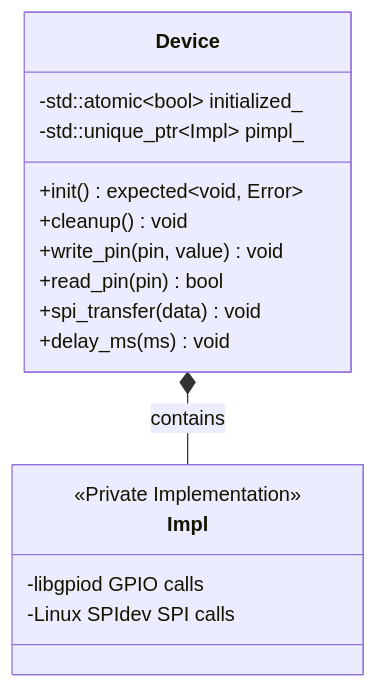
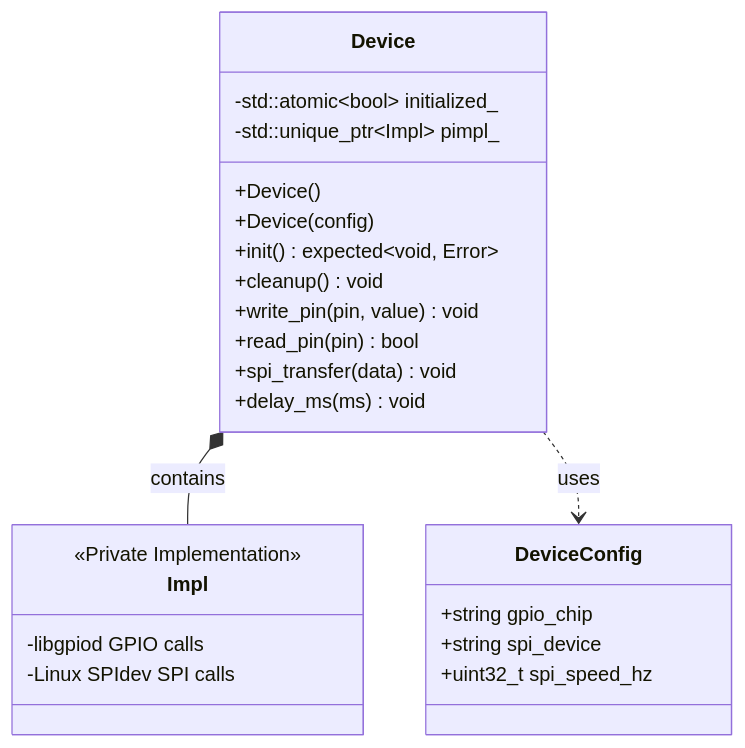
The second of 12 diagrams in docs/ARCHITECTURE.md (johanns/libepaper), drawn with Mermaid before and after one commit. The commit also changed other lines of this file and 2 other files, not shown here.

Commit message:
docs: update README and API documentation for DeviceConfig and usage examples

````diff
--- a/docs/ARCHITECTURE.md
+++ b/docs/ARCHITECTURE.md
@@ -116,21 +116,30 @@
 ```mermaid
 classDiagram
     class Device {
         -std::atomic~bool~ initialized_
         -std::unique_ptr~Impl~ pimpl_
+        +Device()
+        +Device(config)
         +init() expected~void, Error~
         +cleanup() void
         +write_pin(pin, value) void
         +read_pin(pin) bool
         +spi_transfer(data) void
         +delay_ms(ms) void
+    }
+
+    class DeviceConfig {
+        +string gpio_chip
+        +string spi_device
+        +uint32_t spi_speed_hz
     }
 
     class Impl {
         <<Private Implementation>>
         -libgpiod GPIO calls
         -Linux SPIdev SPI calls
     }
 
     Device *-- Impl : contains
+    Device ..> DeviceConfig : uses
 ```
````
